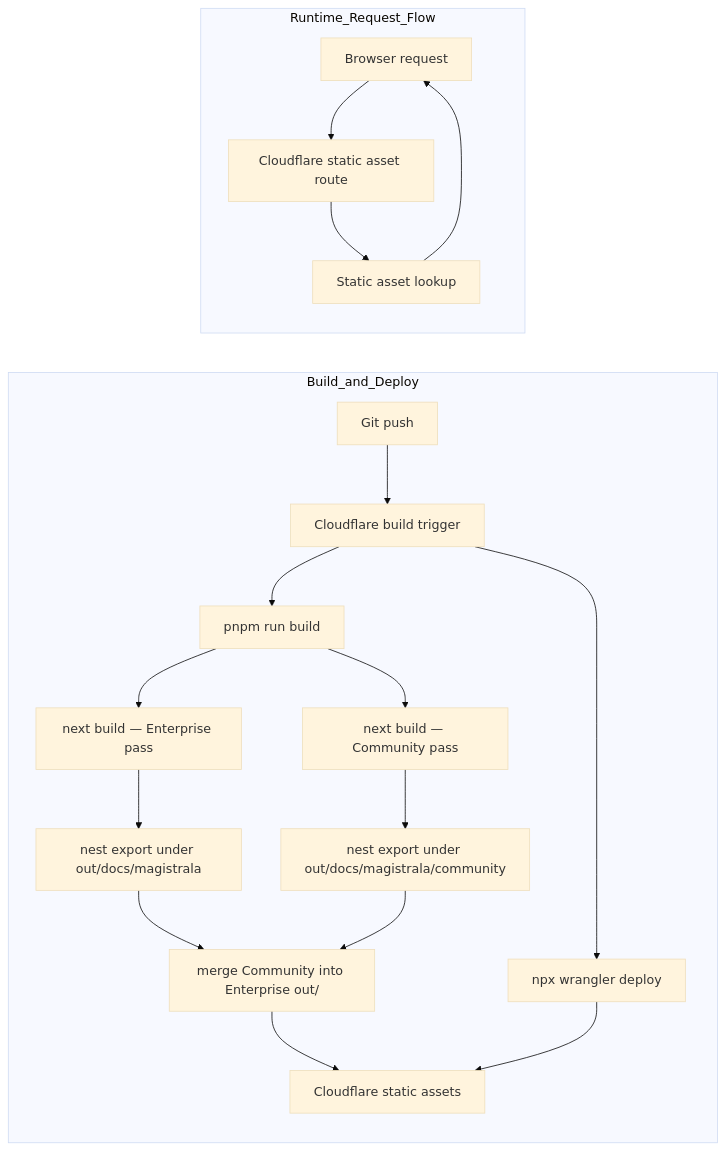
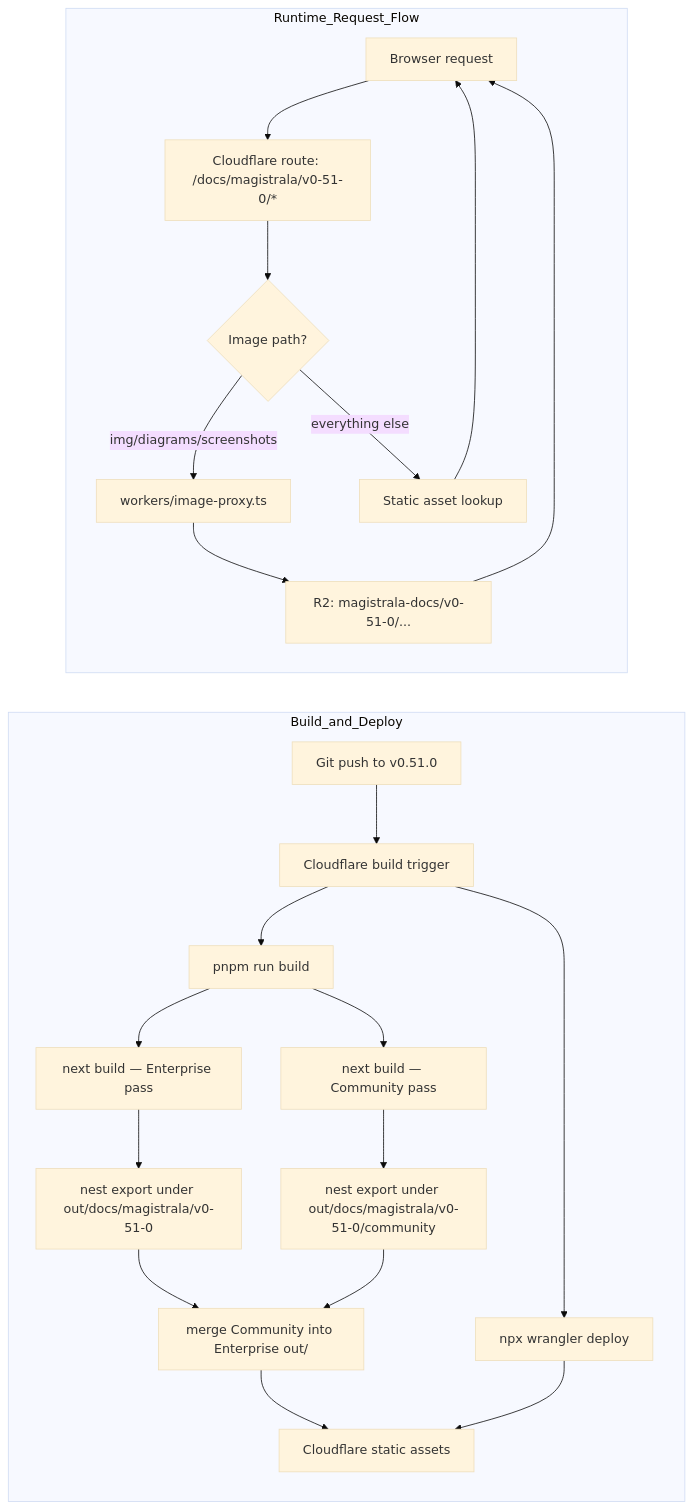
Before and after one commit to absmach/magistrala-docs: the diagram in README.md, drawn with Mermaid (base theme). The commit also changed other lines of this file and 10 other files, not shown here.

````diff
--- a/README.md
+++ b/README.md
@@ -45,22 +52,26 @@
 ```mermaid
 flowchart LR
   subgraph Build_and_Deploy
-    A[Git push] --> B[Cloudflare build trigger]
+    A[Git push to v0.51.0] --> B[Cloudflare build trigger]
     B --> C[pnpm run build]
     C --> D1[next build — Enterprise pass]
-    D1 --> E1[nest export under out/docs/magistrala]
+    D1 --> E1[nest export under out/docs/magistrala/v0-51-0]
     C --> D2[next build — Community pass]
-    D2 --> E2[nest export under out/docs/magistrala/community]
+    D2 --> E2[nest export under out/docs/magistrala/v0-51-0/community]
     E1 --> M[merge Community into Enterprise out/]
     E2 --> M
     B --> F[npx wrangler deploy]
     M --> G[Cloudflare static assets]
     F --> G
   end
 
   subgraph Runtime_Request_Flow
-    U[Browser request] --> H[Cloudflare static asset route]
-    H --> J[Static asset lookup]
-    J --> U
+    U[Browser request] --> H[Cloudflare route: /docs/magistrala/v0-51-0/*]
+    H --> J{Image path?}
+    J -->|"img/diagrams/screenshots"| K[workers/image-proxy.ts]
+    K --> L[R2: magistrala-docs/v0-51-0/...]
+    J -->|everything else| N[Static asset lookup]
+    L --> U
+    N --> U
   end
 ```
````
